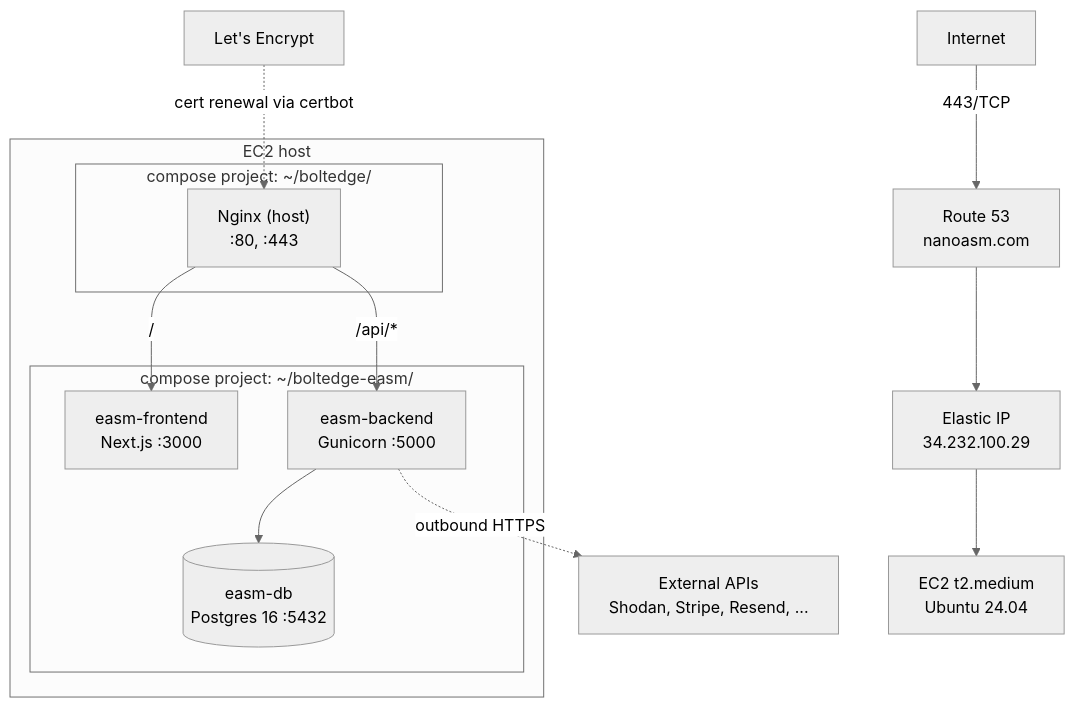
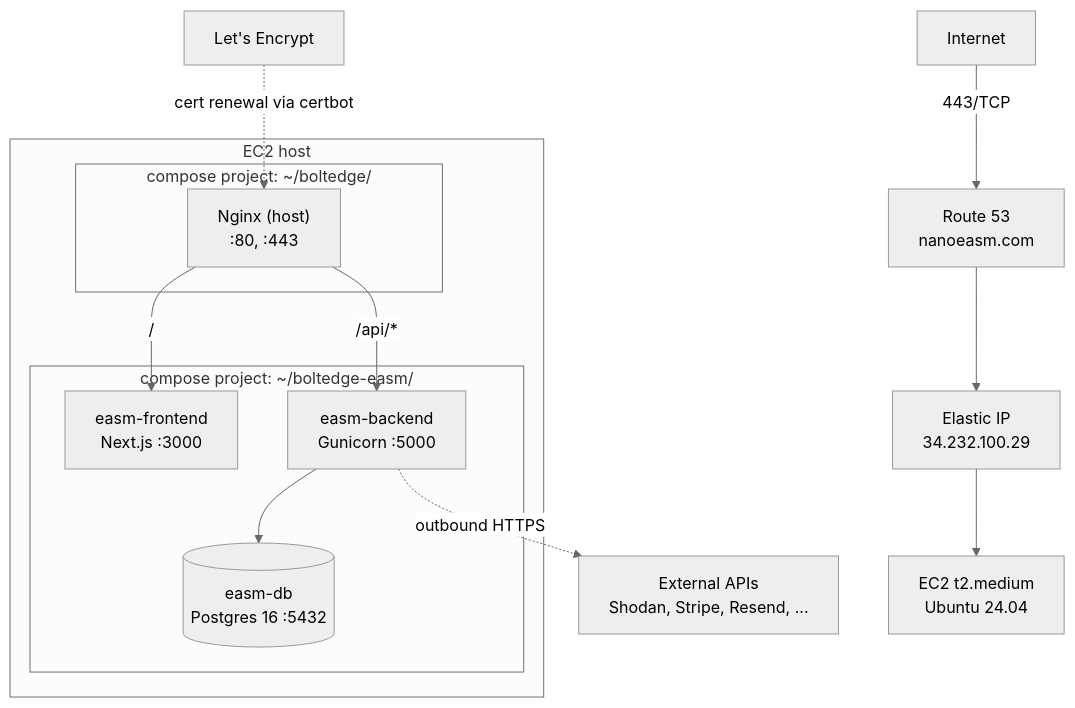
The diagram in docs/sdlc/03-sad/04-deployment-view.md (BoltEdge/boltedge-easm), drawn with Mermaid (neutral theme) before and after one commit. The commit also changed other lines of this file and 81 other files, not shown here.

Commit message:
Migrated from nanoasm to nanoeasm

````diff
--- a/docs/sdlc/03-sad/04-deployment-view.md
+++ b/docs/sdlc/03-sad/04-deployment-view.md
@@ -18,26 +18,26 @@
 ```mermaid
 graph TB
-    INET[Internet] -->|443/TCP| R53[Route 53<br/>nanoasm.com]
+    INET[Internet] -->|443/TCP| R53[Route 53<br/>nanoeasm.com]
     R53 --> EIP[Elastic IP<br/>34.232.100.29]
     EIP --> EC2["EC2 t2.medium<br/>Ubuntu 24.04"]
 
     subgraph EC2 host
         NG["Nginx (host)<br/>:80, :443"]
         subgraph "compose project: ~/boltedge/"
             NG
         end
         subgraph "compose project: ~/boltedge-easm/"
             FE[easm-frontend<br/>Next.js :3000]
             BE[easm-backend<br/>Gunicorn :5000]
             DB[(easm-db<br/>Postgres 16 :5432)]
         end
     end
 
     NG -->|"/"| FE
     NG -->|"/api/*"| BE
     BE --> DB
 
     BE -.->|outbound HTTPS| EXT[External APIs<br/>Shodan, Stripe, Resend, ...]
 
     LE[Let's Encrypt] -.->|cert renewal via certbot| NG
 ```
````
